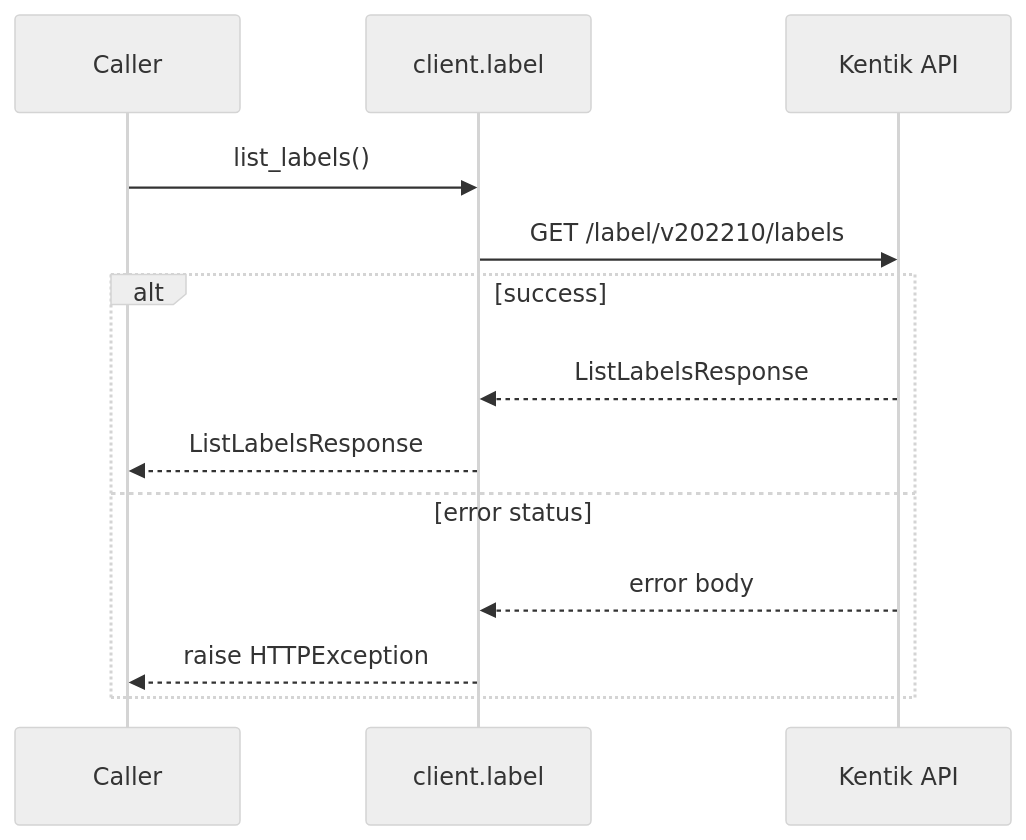
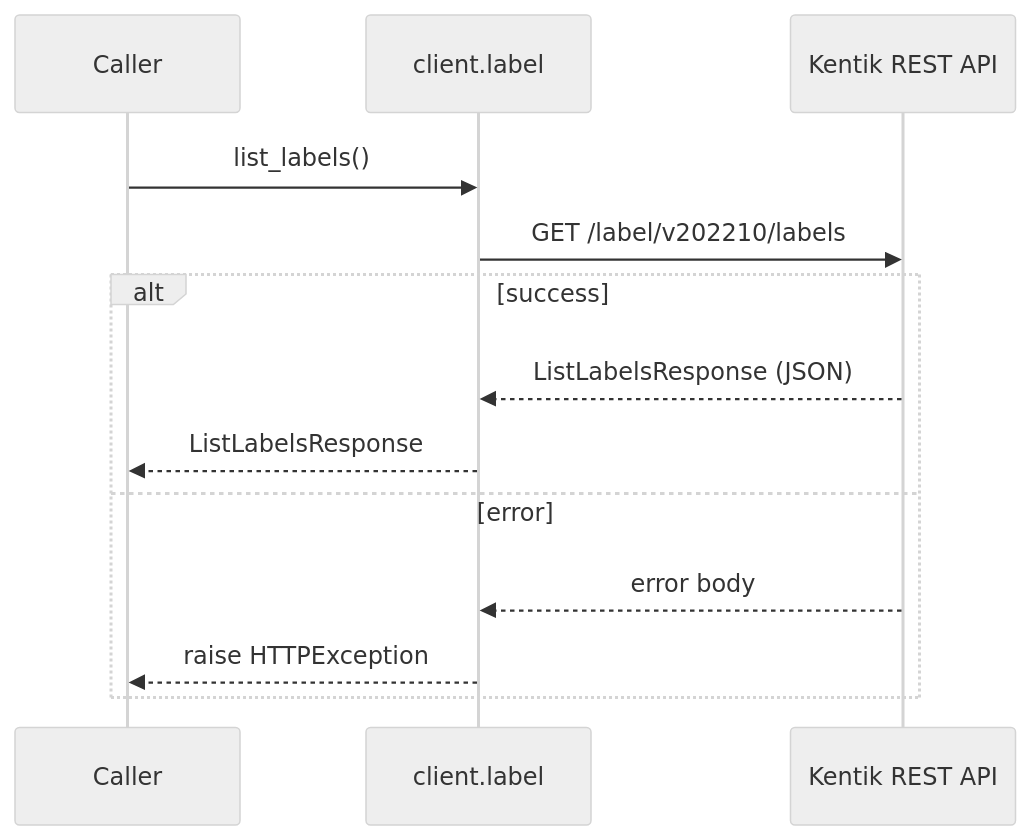
The second of 10 diagrams in docs/sphinx/services/label.md (alexdearaujo/community_sdk_python), drawn with Mermaid (neutral theme) before and after one commit. The commit also changed other lines of this file and 61 other files, not shown here.

````diff
--- a/docs/sphinx/services/label.md
+++ b/docs/sphinx/services/label.md
@@ -33,16 +35,16 @@
 ```mermaid
 sequenceDiagram
     participant C as Caller
     participant W as client.label
-    participant API as Kentik API
+    participant API as Kentik REST API
 
     C->>W: list_labels()
     W->>API: GET /label/v202210/labels
     alt success
-        API-->>W: ListLabelsResponse
+        API-->>W: ListLabelsResponse (JSON)
         W-->>C: ListLabelsResponse
-    else error status
+    else error
         API-->>W: error body
         W-->>C: raise HTTPException
     end
 ```
````
